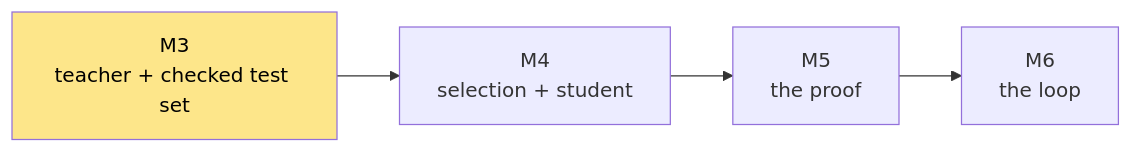
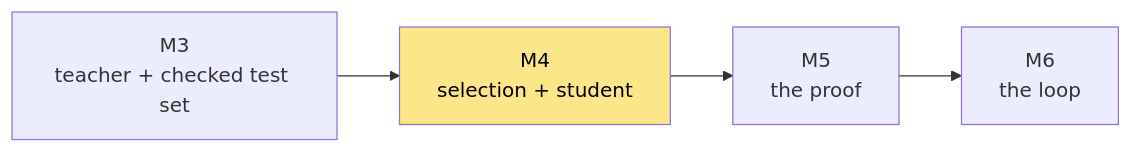
One commit to cupcakes04/Rin changed the diagram in dev/notes/milestones/README.md. Above: the diagram before and after it, drawn with Mermaid. The commit also changed other lines of this file and 16 other files, not shown here.

````diff
--- a/dev/notes/milestones/README.md
+++ b/dev/notes/milestones/README.md
@@ -9,5 +9,5 @@
 ```mermaid
 flowchart LR
     M3["M3<br/>teacher + checked test set"] --> M4["M4<br/>selection + student"] --> M5["M5<br/>the proof"] --> M6["M6<br/>the loop"]
-    style M3 fill:#fde68a,color:#000
+    style M4 fill:#fde68a,color:#000
 ```
````
